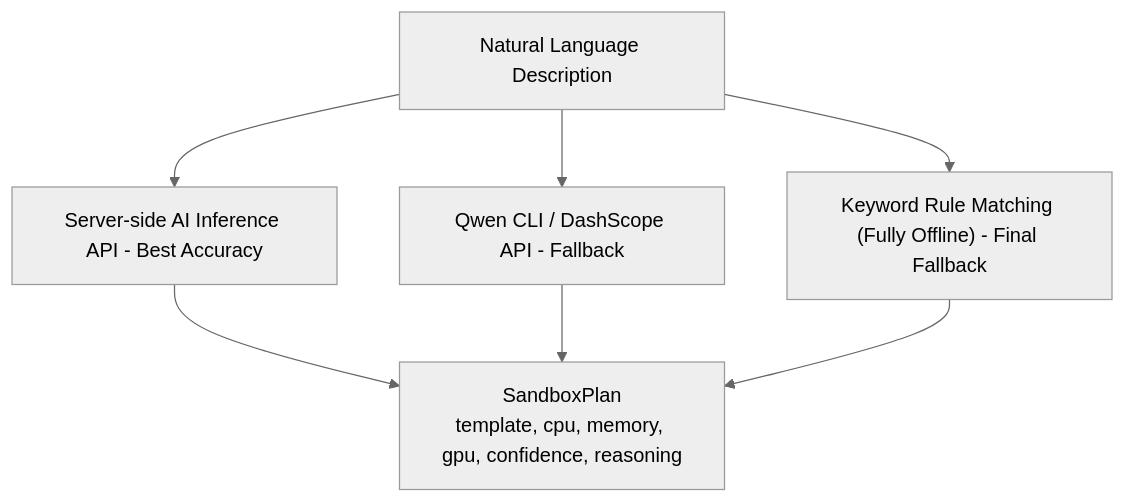
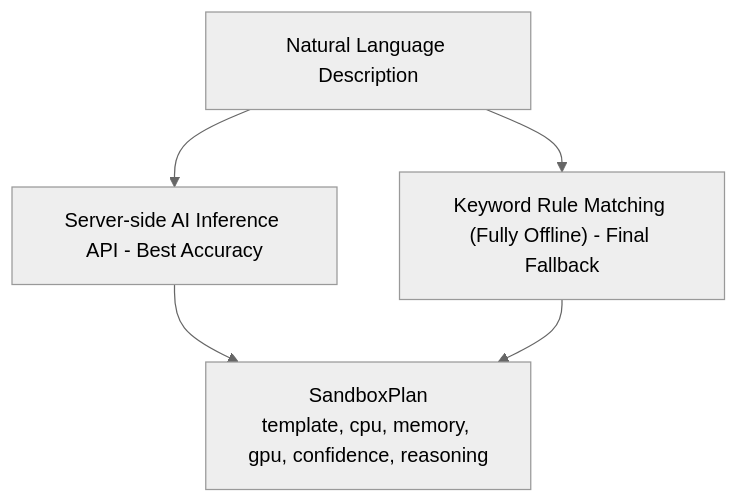
The second of 2 diagrams in docs/en/design/built-in-agents.md (Easy-Sandbox/easy-sandbox), drawn with Mermaid (neutral theme) before and after one commit. The commit also changed other lines of this file and 357 other files, not shown here.

````diff
--- a/docs/en/design/built-in-agents.md
+++ b/docs/en/design/built-in-agents.md
@@ -351,9 +305,7 @@
 ```mermaid
 graph TD
     NL[Natural Language Description] --> Server["Server-side AI Inference API - Best Accuracy"]
-    NL --> Local["Qwen CLI / DashScope API - Fallback"]
     NL --> Rules["Keyword Rule Matching (Fully Offline) - Final Fallback"]
     Server --> Plan["SandboxPlan<br/>template, cpu, memory, gpu, confidence, reasoning"]
-    Local --> Plan
     Rules --> Plan
 ```
````
